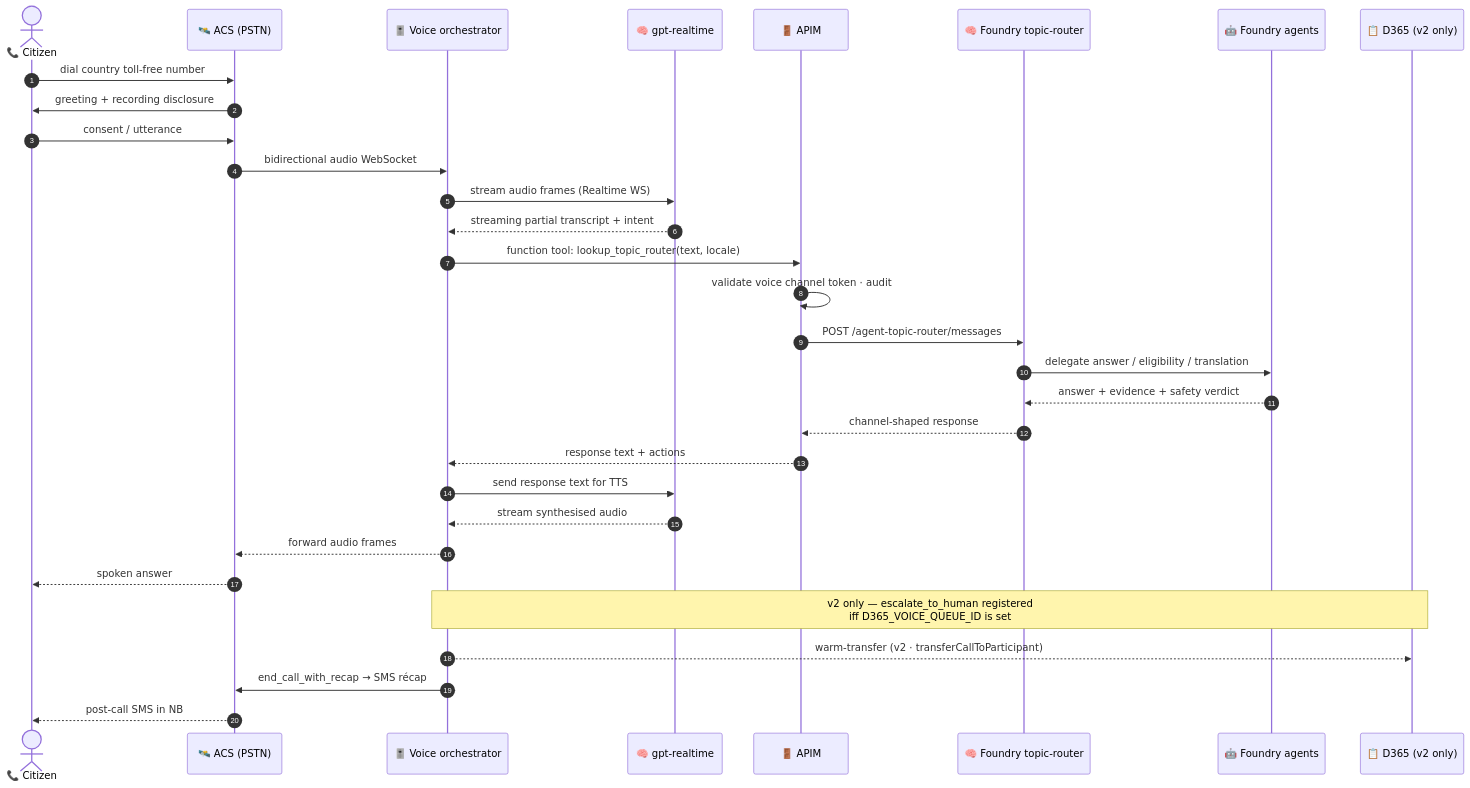
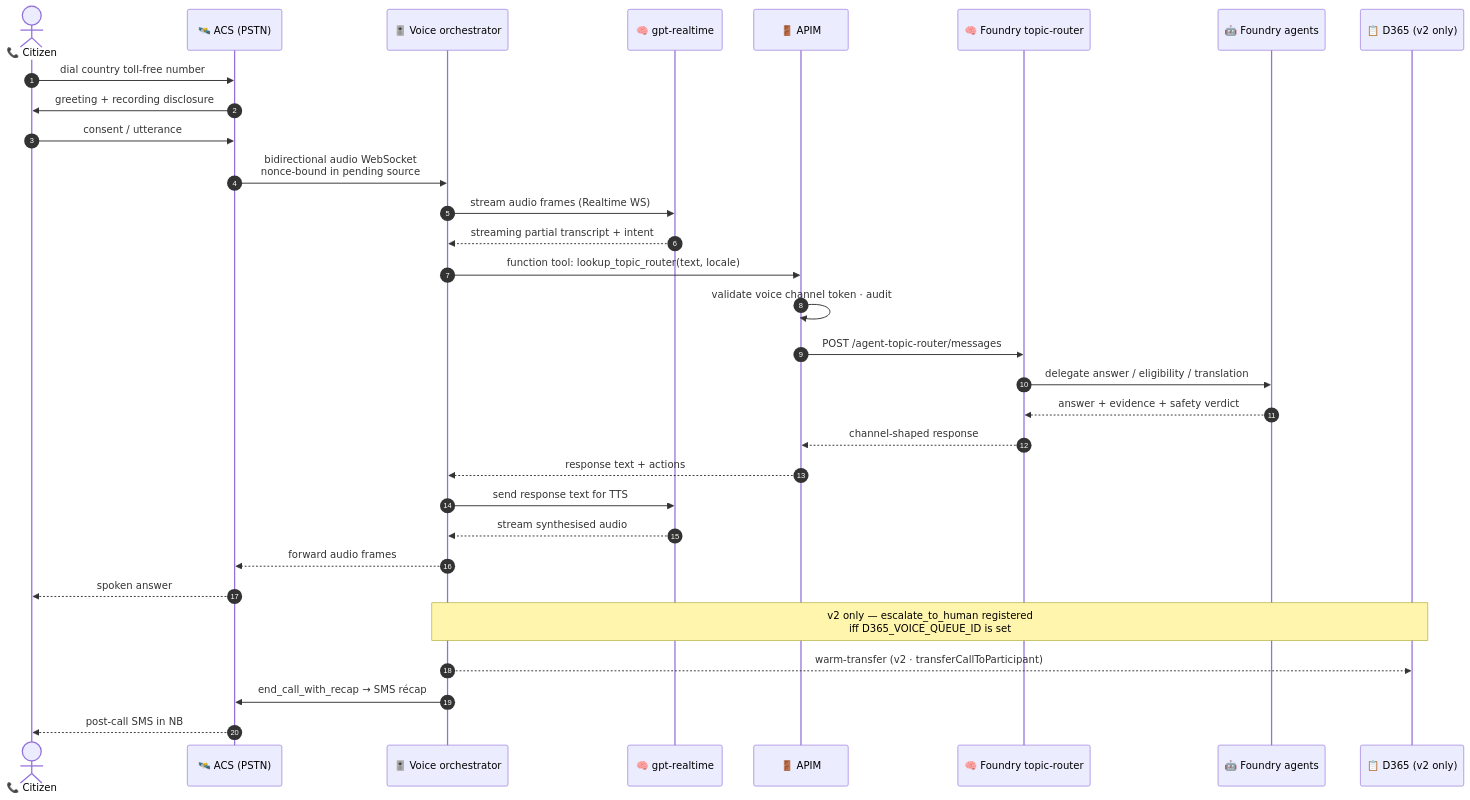
One commit to fredgis/UDCSP changed the second of 6 diagrams in docs/biz/voice.md. Above: the diagram before and after it, drawn with Mermaid. The commit also changed other lines of this file and 105 other files, not shown here.

````diff
--- a/docs/biz/voice.md
+++ b/docs/biz/voice.md
@@ -106,33 +106,33 @@
 ```mermaid
 sequenceDiagram
     autonumber
     actor C as 📞 Citizen
     participant ACS as 🛰️ ACS (PSTN)
     participant ORCH as 🎚️ Voice orchestrator
     participant GPTRT as 🧠 gpt-realtime
     participant API as 🚪 APIM
     participant R as 🧠 Foundry topic-router
     participant F as 🤖 Foundry agents
     participant D as 📋 D365 (v2 only)
     C->>ACS: dial country toll-free number
     ACS->>C: greeting + recording disclosure
     C->>ACS: consent / utterance
-    ACS->>ORCH: bidirectional audio WebSocket
+    ACS->>ORCH: bidirectional audio WebSocket<br/>nonce-bound in pending source
     ORCH->>GPTRT: stream audio frames (Realtime WS)
     GPTRT-->>ORCH: streaming partial transcript + intent
     ORCH->>API: function tool: lookup_topic_router(text, locale)
     API->>API: validate voice channel token · audit
     API->>R: POST /agent-topic-router/messages
     R->>F: delegate answer / eligibility / translation
     F-->>R: answer + evidence + safety verdict
     R-->>API: channel-shaped response
     API-->>ORCH: response text + actions
     ORCH->>GPTRT: send response text for TTS
     GPTRT-->>ORCH: stream synthesised audio
     ORCH-->>ACS: forward audio frames
     ACS-->>C: spoken answer
     Note over ORCH,D: v2 only — escalate_to_human registered<br/>iff D365_VOICE_QUEUE_ID is set
     ORCH-->>D: warm-transfer (v2 · transferCallToParticipant)
     ORCH->>ACS: end_call_with_recap → SMS récap
     ACS-->>C: post-call SMS in NB
 ```
````
